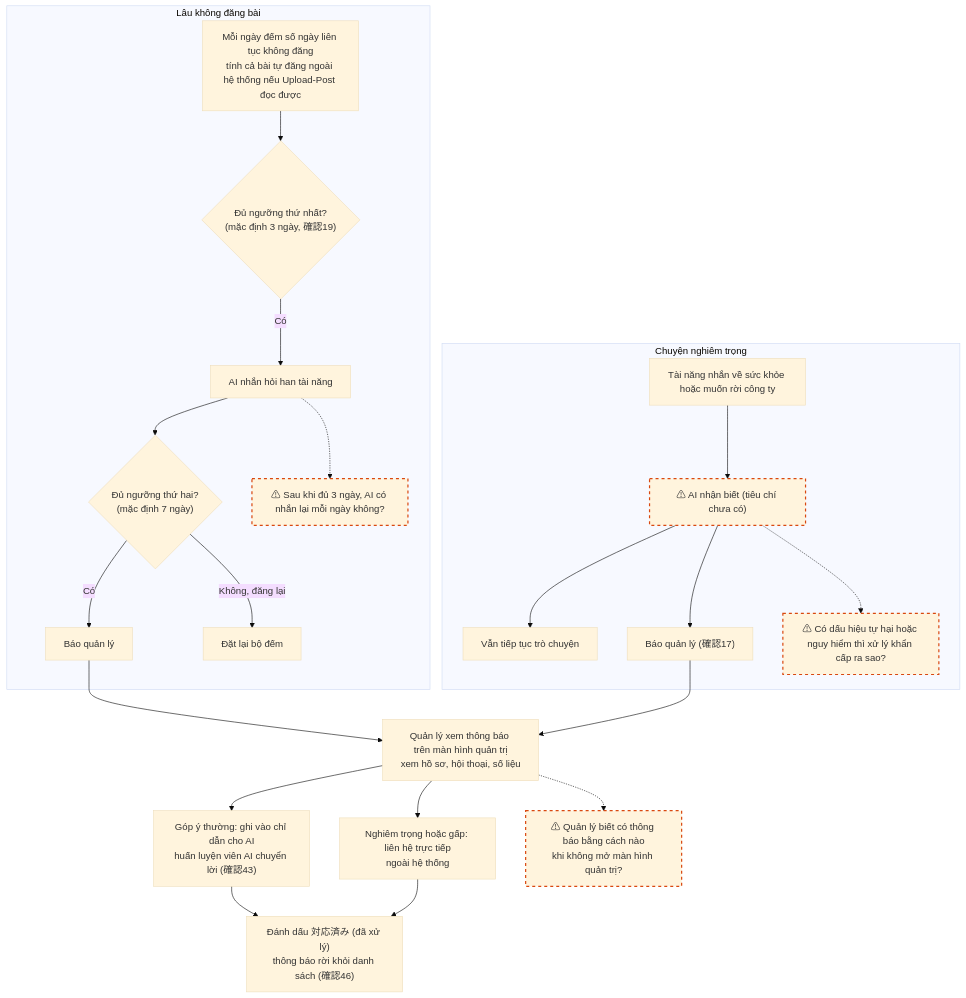
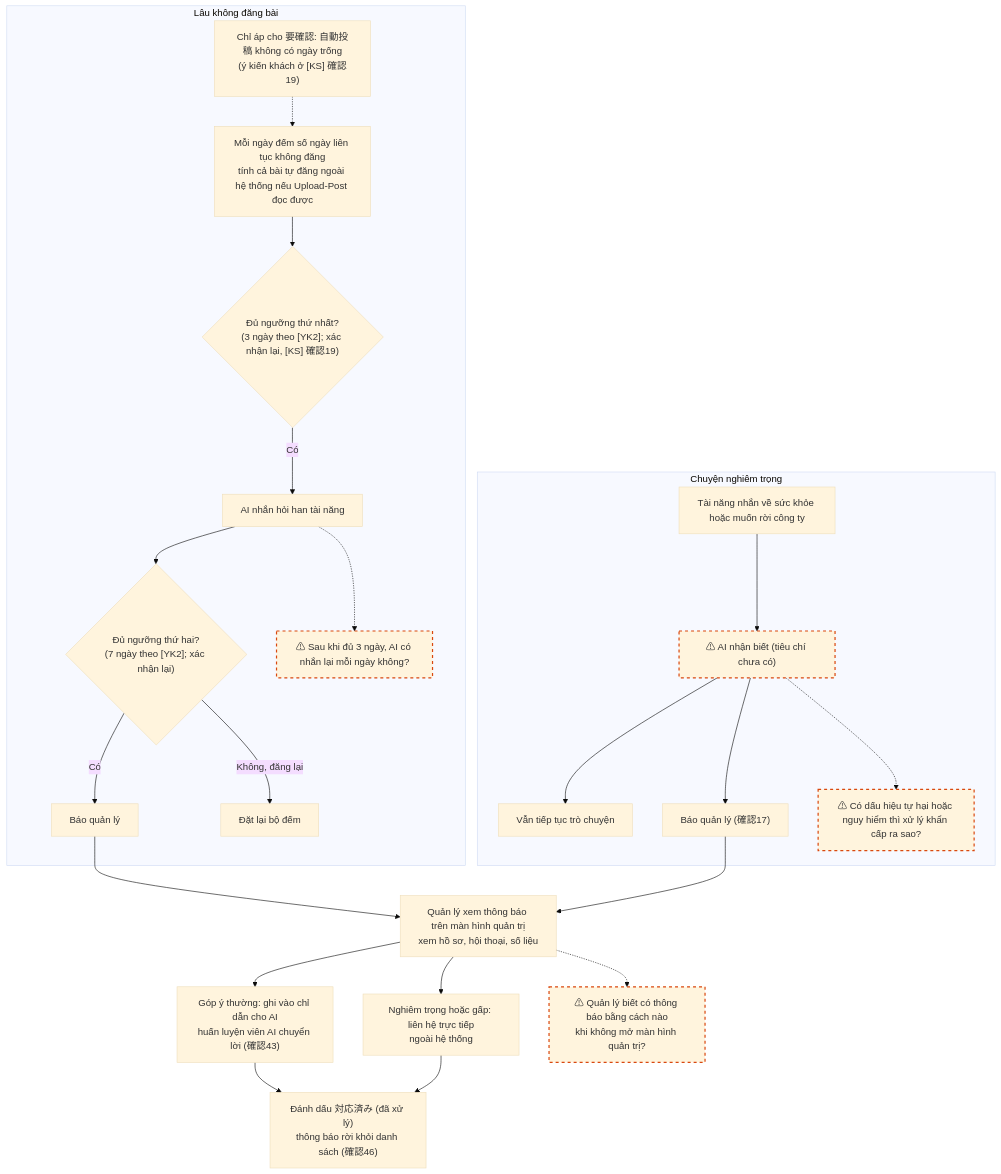
The eighth of 11 diagrams in Phan_tich/06_Workflow.md (hailt-amcolab/ai_talent_os_docs), drawn with Mermaid (base theme) before and after one commit. The commit also changed other lines of this file and 188 other files, not shown here.

````diff
--- a/Phan_tich/06_Workflow.md
+++ b/Phan_tich/06_Workflow.md
@@ -355,28 +372,29 @@
 ```mermaid
 flowchart TD
   subgraph N1["Lâu không đăng bài"]
     A["Mỗi ngày đếm số ngày liên tục không đăng<br/>tính cả bài tự đăng ngoài hệ thống nếu Upload-Post đọc được"]
-    A --> B{"Đủ ngưỡng thứ nhất?<br/>(mặc định 3 ngày, 確認19)"}
+    A --> B{"Đủ ngưỡng thứ nhất?<br/>(3 ngày theo [YK2]; xác nhận lại, [KS] 確認19)"}
     B -- Có --> C["AI nhắn hỏi han tài năng"]
-    C --> D{"Đủ ngưỡng thứ hai?<br/>(mặc định 7 ngày)"}
+    C --> D{"Đủ ngưỡng thứ hai?<br/>(7 ngày theo [YK2]; xác nhận lại)"}
+    A0["Chỉ áp cho 要確認: 自動投稿 không có ngày trống<br/>(ý kiến khách ở [KS] 確認19)"] -.-> A
     D -- Có --> E["Báo quản lý"]
     D -- "Không, đăng lại" --> R["Đặt lại bộ đếm"]
     C2["⚠ Sau khi đủ 3 ngày, AI có nhắn lại mỗi ngày không?"]
     C -.-> C2
   end
   subgraph N2["Chuyện nghiêm trọng"]
     F["Tài năng nhắn về sức khỏe hoặc muốn rời công ty"] --> G["⚠ AI nhận biết (tiêu chí chưa có)"]
     G --> H["Vẫn tiếp tục trò chuyện"]
     G --> I["Báo quản lý (確認17)"]
     G -.-> J["⚠ Có dấu hiệu tự hại hoặc nguy hiểm thì xử lý khẩn cấp ra sao?"]
   end
   E --> K["Quản lý xem thông báo trên màn hình quản trị<br/>xem hồ sơ, hội thoại, số liệu"]
   I --> K
   K --> L1["Góp ý thường: ghi vào chỉ dẫn cho AI<br/>huấn luyện viên AI chuyển lời (確認43)"]
   K --> L2["Nghiêm trọng hoặc gấp: liên hệ trực tiếp<br/>ngoài hệ thống"]
   L1 --> L["Đánh dấu 対応済み (đã xử lý)<br/>thông báo rời khỏi danh sách (確認46)"]
   L2 --> L
   K -.-> M["⚠ Quản lý biết có thông báo bằng cách nào<br/>khi không mở màn hình quản trị?"]
   classDef unclear stroke:#d9480f,stroke-width:2px,stroke-dasharray:5 5
   class C2,G,J,M unclear
 ```
````
